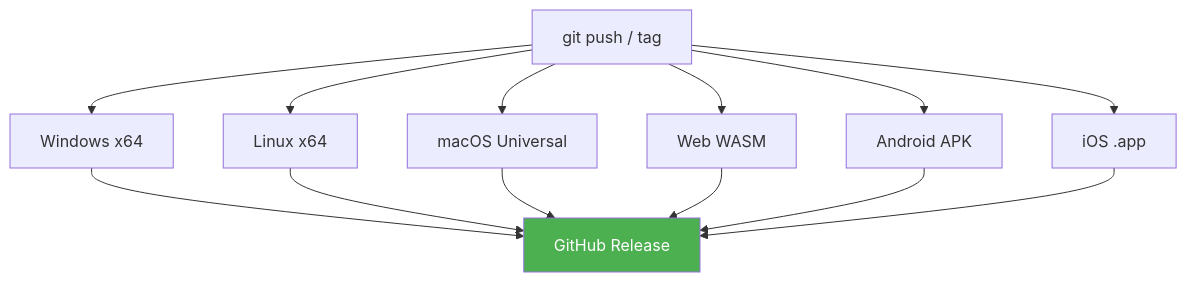
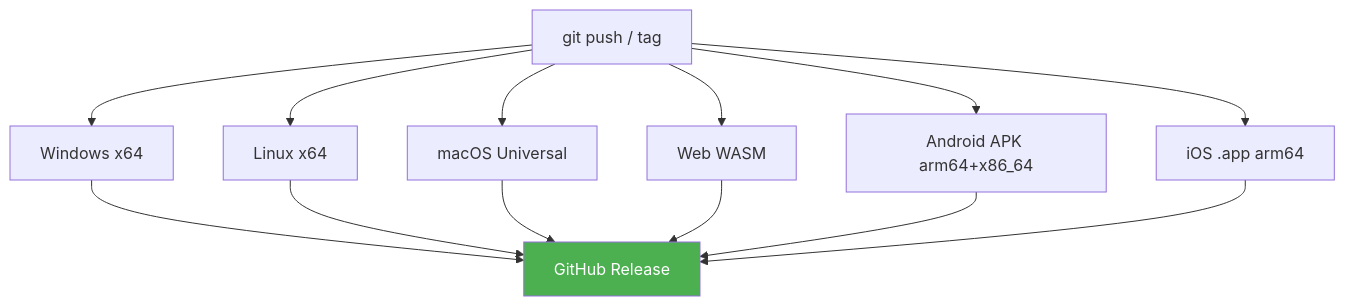
Before and after one commit to futzhj/ChocoLightEngine: the second of 2 diagrams in ENGINE_EVALUATION.md, drawn with Mermaid. The commit also changed other lines of this file and 2 other files, not shown here.

````diff
--- a/ENGINE_EVALUATION.md
+++ b/ENGINE_EVALUATION.md
@@ -205,18 +214,18 @@
 ```mermaid
 graph TD
     Push[git push / tag] --> W[Windows x64]
     Push --> L[Linux x64]
     Push --> M[macOS Universal]
     Push --> Web[Web WASM]
-    Push --> A[Android APK]
-    Push --> I[iOS .app]
+    Push --> A[Android APK arm64+x86_64]
+    Push --> I[iOS .app arm64]
     
     W --> R[GitHub Release]
     L --> R
     M --> R
     Web --> R
     A --> R
     I --> R
     
     style R fill:#4CAF50,color:#fff
 ```
````
